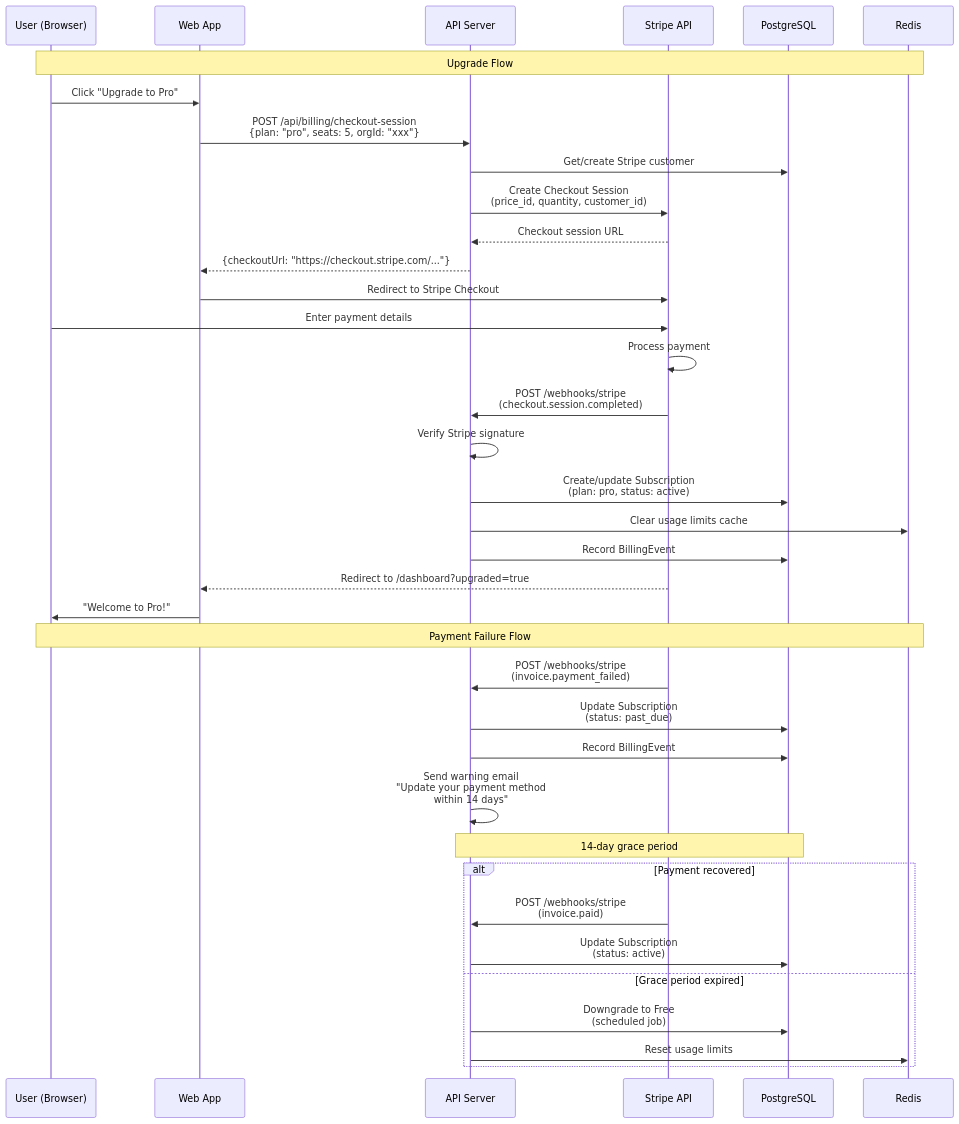
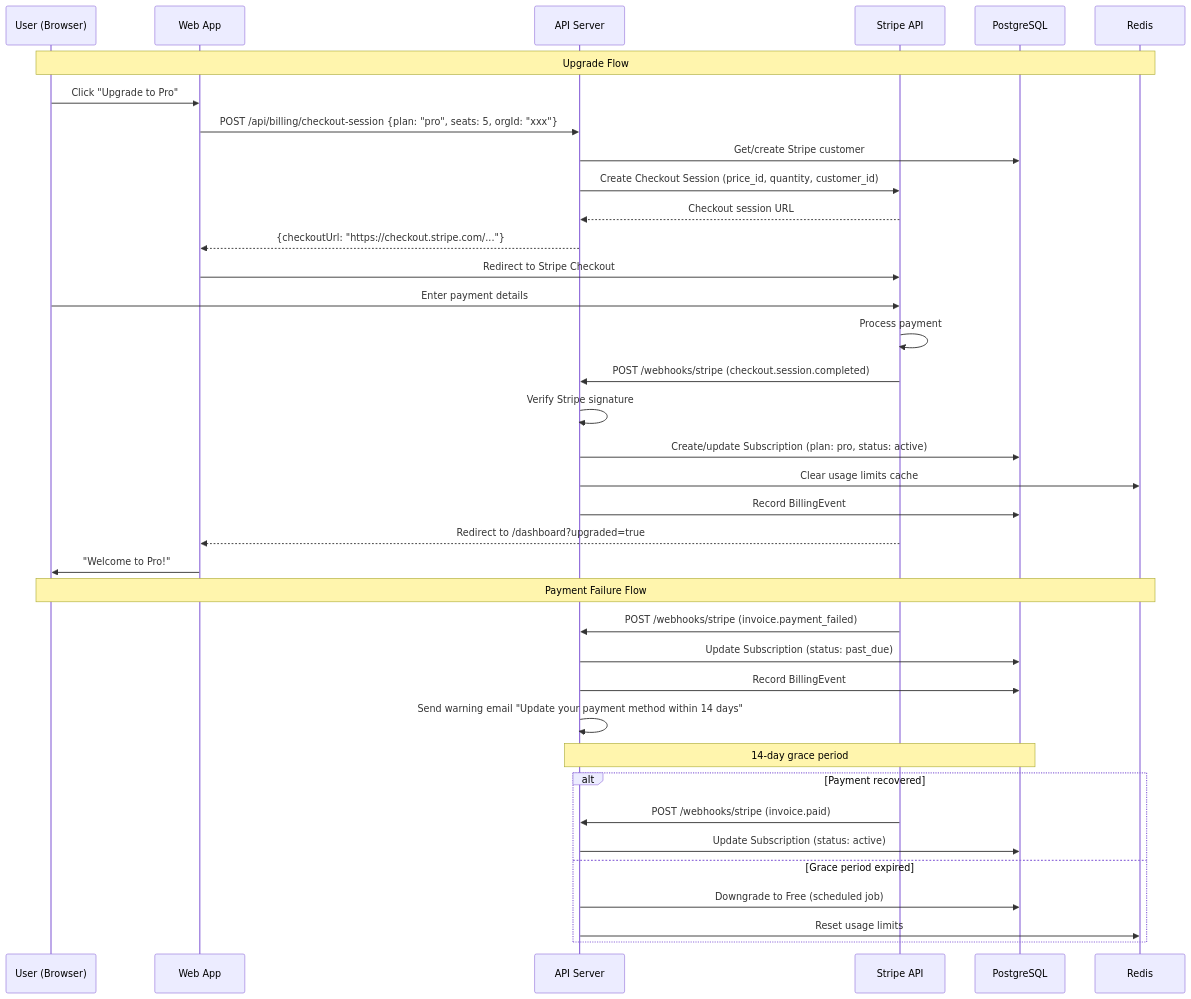
The seventh of 11 diagrams in products/codeguardian/docs/architecture.md (Tamoura/Claude-Code-creates-the-SW-company), drawn with Mermaid before and after one commit. The commit also changed other lines of this file, not shown here.

First line of the commit message:
fix(codeguardian): remove br tags from Mermaid sequence diagrams

````diff
--- a/products/codeguardian/docs/architecture.md
+++ b/products/codeguardian/docs/architecture.md
@@ -522,49 +522,49 @@
 ```mermaid
 sequenceDiagram
     participant User as User (Browser)
     participant Web as Web App
     participant API as API Server
     participant Stripe as Stripe API
     participant DB as PostgreSQL
     participant Redis as Redis
 
     Note over User,Redis: Upgrade Flow
 
     User->>Web: Click "Upgrade to Pro"
-    Web->>API: POST /api/billing/checkout-session<br/>{plan: "pro", seats: 5, orgId: "xxx"}
+    Web->>API: POST /api/billing/checkout-session {plan: "pro", seats: 5, orgId: "xxx"}
 
     API->>DB: Get/create Stripe customer
-    API->>Stripe: Create Checkout Session<br/>(price_id, quantity, customer_id)
+    API->>Stripe: Create Checkout Session (price_id, quantity, customer_id)
     Stripe-->>API: Checkout session URL
     API-->>Web: {checkoutUrl: "https://checkout.stripe.com/..."}
 
     Web->>Stripe: Redirect to Stripe Checkout
     User->>Stripe: Enter payment details
     Stripe->>Stripe: Process payment
 
-    Stripe->>API: POST /webhooks/stripe<br/>(checkout.session.completed)
+    Stripe->>API: POST /webhooks/stripe (checkout.session.completed)
     API->>API: Verify Stripe signature
-    API->>DB: Create/update Subscription<br/>(plan: pro, status: active)
+    API->>DB: Create/update Subscription (plan: pro, status: active)
     API->>Redis: Clear usage limits cache
     API->>DB: Record BillingEvent
 
     Stripe-->>Web: Redirect to /dashboard?upgraded=true
     Web->>User: "Welcome to Pro!"
 
     Note over User,Redis: Payment Failure Flow
 
-    Stripe->>API: POST /webhooks/stripe<br/>(invoice.payment_failed)
-    API->>DB: Update Subscription<br/>(status: past_due)
+    Stripe->>API: POST /webhooks/stripe (invoice.payment_failed)
+    API->>DB: Update Subscription (status: past_due)
     API->>DB: Record BillingEvent
-    API->>API: Send warning email<br/>"Update your payment method<br/>within 14 days"
+    API->>API: Send warning email "Update your payment method within 14 days"
 
     Note over API,DB: 14-day grace period
 
     alt Payment recovered
-        Stripe->>API: POST /webhooks/stripe<br/>(invoice.paid)
-        API->>DB: Update Subscription<br/>(status: active)
+        Stripe->>API: POST /webhooks/stripe (invoice.paid)
+        API->>DB: Update Subscription (status: active)
     else Grace period expired
-        API->>DB: Downgrade to Free<br/>(scheduled job)
+        API->>DB: Downgrade to Free (scheduled job)
         API->>Redis: Reset usage limits
     end
 ```
````
